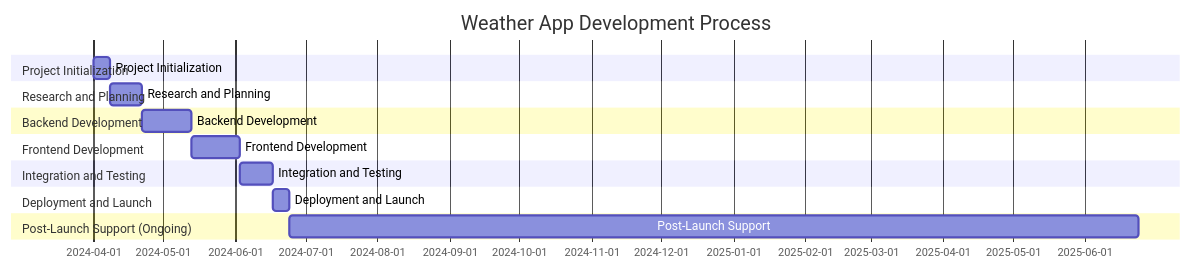
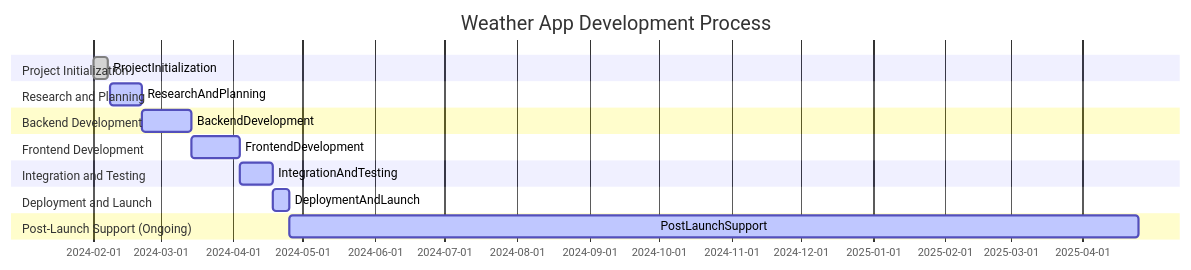
The diagram in README.md (Rayruiw/weather-project), drawn with Mermaid before and after one commit.

````diff
--- a/README.md
+++ b/README.md
@@ -76,26 +76,26 @@
  ```mermaid
  gantt
-     title Weather App Development Process
-     dateFormat  YYYY-MM-DD
+    title Weather App Development Process
+    dateFormat  YYYY-MM-DD
 
-     section Project Initialization
-     Project Initialization   : 2024-04-01, 7d
+    section Project Initialization
+    ProjectInitialization   : done, Project Initialization, 2024-02-01, 2024-02-07
 
-     section Research and Planning
-     Research and Planning    : 2024-04-08, 14d
+    section Research and Planning
+    ResearchAndPlanning      : active, Research and Planning, 2024-02-08, 14d
 
-     section Backend Development
-     Backend Development     : 2024-04-22, 21d
+    section Backend Development
+    BackendDevelopment       : active, Backend Development, 2024-02-22, 21d
 
-     section Frontend Development
-     Frontend Development    : 2024-05-13, 21d
+    section Frontend Development
+    FrontendDevelopment      : active, Frontend Development, 2024-03-14, 21d
 
-     section Integration and Testing
-     Integration and Testing : 2024-06-03, 14d
+    section Integration and Testing
+    IntegrationAndTesting    : active, Integration and Testing, 2024-04-04, 14d
 
-     section Deployment and Launch
-     Deployment and Launch   : 2024-06-17, 7d
+    section Deployment and Launch
+    DeploymentAndLaunch      : active, Deployment and Launch, 2024-04-18, 7d
 
-     section Post-Launch Support (Ongoing)
-     Post-Launch Support     : 2024-06-24, 365d
+    section Post-Launch Support (Ongoing)
+    PostLaunchSupport        : active, Post-Launch Support, 2024-04-25, 365d
 ```
````
